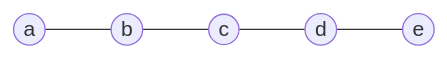
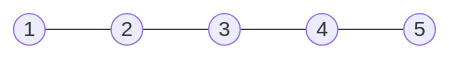
Before and after one commit to magin67/pmg-notes: the diagram in pmg-library/ru/Введение/Экспонента лапласиана.md, drawn with Mermaid. The commit also changed other lines of this file and 11 other files, not shown here.

````diff
--- a/pmg-library/ru/Введение/Экспонента лапласиана.md
+++ b/pmg-library/ru/Введение/Экспонента лапласиана.md
@@ -137,7 +97,7 @@
 ```mermaid
 graph LR
-    a((a)) --- b((b))
-    b --- c((c))
-    c --- d((d))
-    d --- e((e))
+    a1((1)) --- a2((2))
+    a2 --- a3((3))
+    a3 --- a4((4))
+    a4 --- a5((5))
 ```
````
